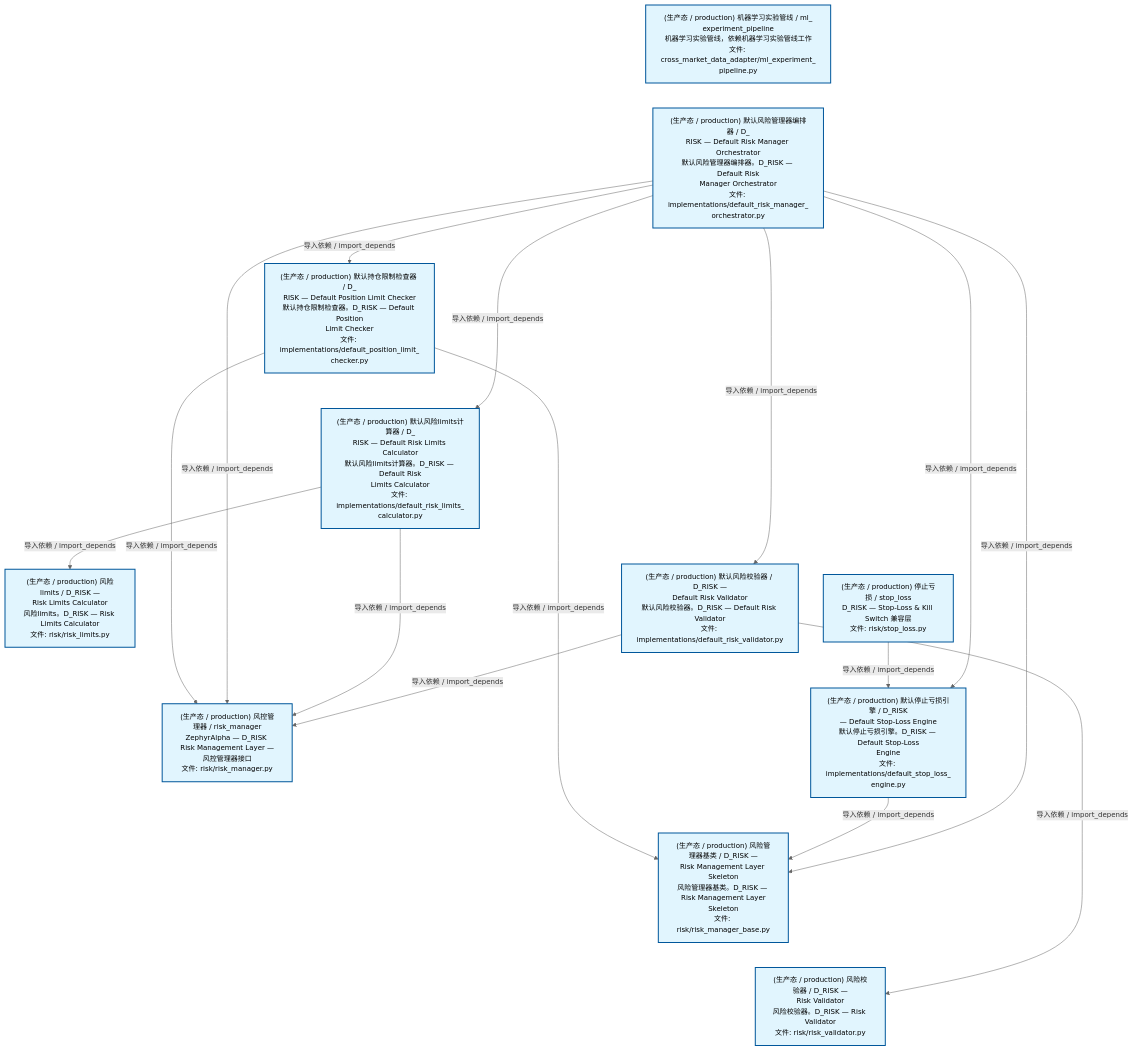
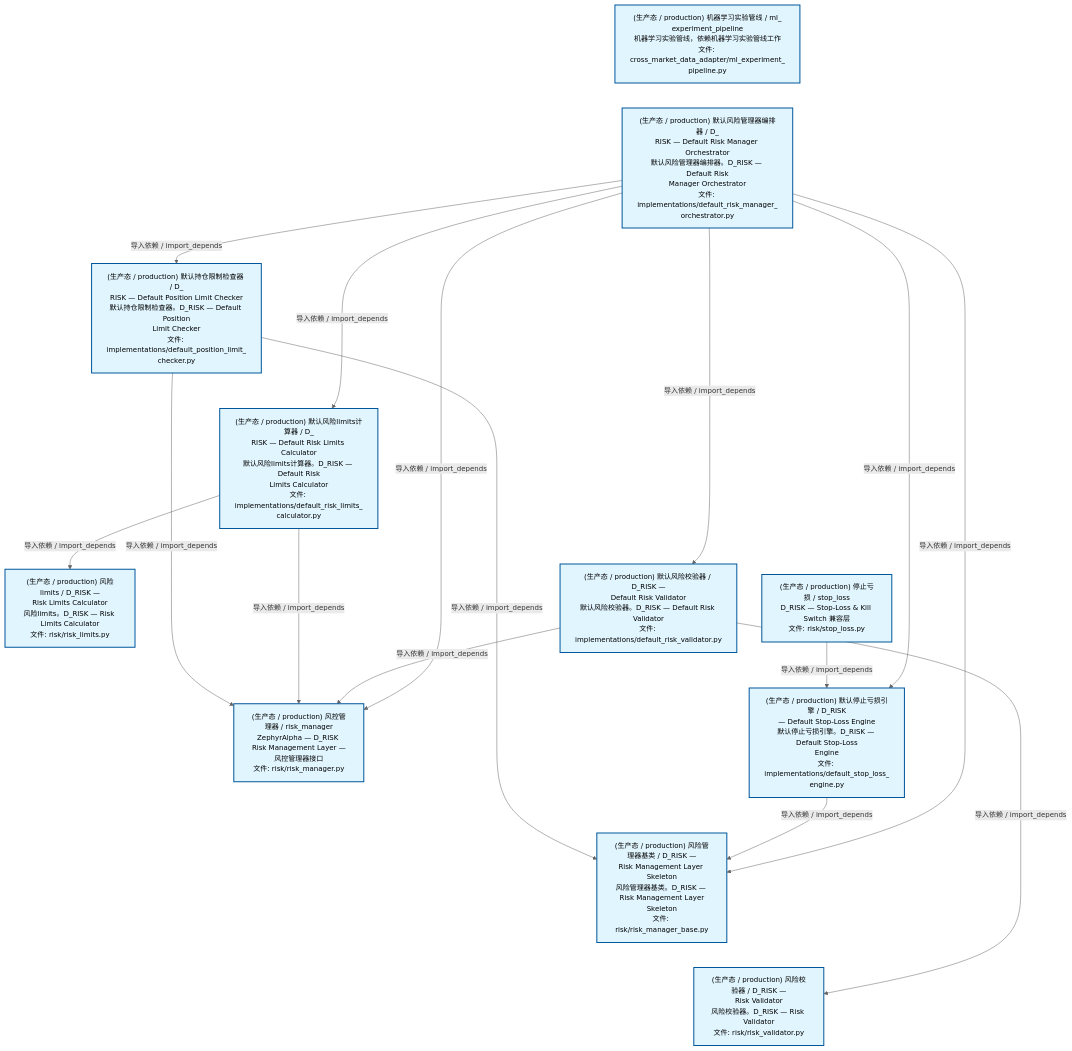
One commit to xuanFelixVan/ZephyrAlpha changed the second of 4 diagrams in docs/02_enterprise_architecture/02_domain_architecture_docs/65_d_risk.md. Above: the diagram before and after it, drawn with Mermaid. The commit also changed other lines of this file and 38 other files, not shown here.

````diff
--- a/docs/02_enterprise_architecture/02_domain_architecture_docs/65_d_risk.md
+++ b/docs/02_enterprise_architecture/02_domain_architecture_docs/65_d_risk.md
@@ -134,42 +134,42 @@
 ```mermaid
 %%{init: {'theme': 'base', 'themeVariables': {'primaryColor': '#eaeaea', 'primaryTextColor': '#333333', 'primaryBorderColor': '#666666', 'lineColor': '#666666', 'secondaryColor': '#eaeaea', 'tertiaryColor': '#eaeaea', 'fontSize': '14px'}}}%%
 flowchart TD
     src_zephyr_risk_cross_asset_cross_market_data_adapter_ml_experiment_pipeline_py["(生产态 / production) 机器学习实验管线 / ml_<br/>experiment_pipeline<br/>机器学习实验管线，依赖机器学习实验管线工作<br/>文件: cross_market_data_adapter/ml_experiment_<br/>pipeline.py"]
     src_zephyr_risk_implementations_default_risk_manager_orchestrator_py["(生产态 / production) 默认风险管理器编排器 / D_<br/>RISK — Default Risk Manager Orchestrator<br/>默认风险管理器编排器。D_RISK — Default Risk<br/>Manager Orchestrator<br/>文件: implementations/default_risk_manager_<br/>orchestrator.py"]
     src_zephyr_risk_stop_loss_py["(生产态 / production) 停止亏损 / stop_loss<br/>D_RISK — Stop-Loss & Kill Switch 兼容层<br/>文件: risk/stop_loss.py"]
     src_zephyr_risk_cross_asset_cross_market_data_adapter_ml_experiment_pipeline_py ~~~ src_zephyr_risk_implementations_default_risk_manager_orchestrator_py
     src_zephyr_risk_implementations_default_risk_manager_orchestrator_py ~~~ src_zephyr_risk_stop_loss_py
     src_zephyr_risk_implementations_default_position_limit_checker_py["(生产态 / production) 默认持仓限制检查器 / D_<br/>RISK — Default Position Limit Checker<br/>默认持仓限制检查器。D_RISK — Default Position<br/>Limit Checker<br/>文件: implementations/default_position_limit_<br/>checker.py"]
     src_zephyr_risk_implementations_default_risk_limits_calculator_py["(生产态 / production) 默认风险limits计算器 / D_<br/>RISK — Default Risk Limits Calculator<br/>默认风险limits计算器。D_RISK — Default Risk<br/>Limits Calculator<br/>文件: implementations/default_risk_limits_<br/>calculator.py"]
     src_zephyr_risk_implementations_default_risk_validator_py["(生产态 / production) 默认风险校验器 / D_RISK —<br/>Default Risk Validator<br/>默认风险校验器。D_RISK — Default Risk Validator<br/>文件: implementations/default_risk_validator.py"]
     src_zephyr_risk_implementations_default_stop_loss_engine_py["(生产态 / production) 默认停止亏损引擎 / D_RISK<br/>— Default Stop-Loss Engine<br/>默认停止亏损引擎。D_RISK — Default Stop-Loss<br/>Engine<br/>文件: implementations/default_stop_loss_<br/>engine.py"]
     src_zephyr_risk_implementations_default_position_limit_checker_py ~~~ src_zephyr_risk_implementations_default_risk_limits_calculator_py
     src_zephyr_risk_implementations_default_risk_limits_calculator_py ~~~ src_zephyr_risk_implementations_default_risk_validator_py
     src_zephyr_risk_implementations_default_risk_validator_py ~~~ src_zephyr_risk_implementations_default_stop_loss_engine_py
     src_zephyr_risk_risk_limits_py["(生产态 / production) 风险limits / D_RISK —<br/>Risk Limits Calculator<br/>风险limits。D_RISK — Risk Limits Calculator<br/>文件: risk/risk_limits.py"]
     src_zephyr_risk_risk_manager_py["(生产态 / production) 风控管理器 / risk_manager<br/>ZephyrAlpha — D_RISK Risk Management Layer —<br/>风控管理器接口<br/>文件: risk/risk_manager.py"]
     src_zephyr_risk_risk_manager_base_py["(生产态 / production) 风险管理器基类 / D_RISK —<br/>Risk Management Layer Skeleton<br/>风险管理器基类。D_RISK — Risk Management Layer<br/>Skeleton<br/>文件: risk/risk_manager_base.py"]
     src_zephyr_risk_risk_validator_py["(生产态 / production) 风险校验器 / D_RISK —<br/>Risk Validator<br/>风险校验器。D_RISK — Risk Validator<br/>文件: risk/risk_validator.py"]
     src_zephyr_risk_risk_limits_py ~~~ src_zephyr_risk_risk_manager_py
     src_zephyr_risk_risk_manager_py ~~~ src_zephyr_risk_risk_manager_base_py
     src_zephyr_risk_risk_manager_base_py ~~~ src_zephyr_risk_risk_validator_py
     src_zephyr_risk_stop_loss_py -->|导入依赖 / import_depends| src_zephyr_risk_implementations_default_stop_loss_engine_py
+    src_zephyr_risk_implementations_default_position_limit_checker_py -->|导入依赖 / import_depends| src_zephyr_risk_risk_manager_base_py
     src_zephyr_risk_implementations_default_position_limit_checker_py -->|导入依赖 / import_depends| src_zephyr_risk_risk_manager_py
-    src_zephyr_risk_implementations_default_position_limit_checker_py -->|导入依赖 / import_depends| src_zephyr_risk_risk_manager_base_py
-    src_zephyr_risk_implementations_default_stop_loss_engine_py -->|导入依赖 / import_depends| src_zephyr_risk_risk_manager_base_py
-    src_zephyr_risk_implementations_default_risk_manager_orchestrator_py -->|导入依赖 / import_depends| src_zephyr_risk_risk_manager_py
-    src_zephyr_risk_implementations_default_risk_manager_orchestrator_py -->|导入依赖 / import_depends| src_zephyr_risk_risk_manager_base_py
-    src_zephyr_risk_implementations_default_risk_manager_orchestrator_py -->|导入依赖 / import_depends| src_zephyr_risk_implementations_default_position_limit_checker_py
-    src_zephyr_risk_implementations_default_risk_manager_orchestrator_py -->|导入依赖 / import_depends| src_zephyr_risk_implementations_default_stop_loss_engine_py
-    src_zephyr_risk_implementations_default_risk_manager_orchestrator_py -->|导入依赖 / import_depends| src_zephyr_risk_implementations_default_risk_limits_calculator_py
-    src_zephyr_risk_implementations_default_risk_manager_orchestrator_py -->|导入依赖 / import_depends| src_zephyr_risk_implementations_default_risk_validator_py
     src_zephyr_risk_implementations_default_risk_limits_calculator_py -->|导入依赖 / import_depends| src_zephyr_risk_risk_manager_py
     src_zephyr_risk_implementations_default_risk_limits_calculator_py -->|导入依赖 / import_depends| src_zephyr_risk_risk_limits_py
     src_zephyr_risk_implementations_default_risk_validator_py -->|导入依赖 / import_depends| src_zephyr_risk_risk_manager_py
     src_zephyr_risk_implementations_default_risk_validator_py -->|导入依赖 / import_depends| src_zephyr_risk_risk_validator_py
+    src_zephyr_risk_implementations_default_stop_loss_engine_py -->|导入依赖 / import_depends| src_zephyr_risk_risk_manager_base_py
+    src_zephyr_risk_implementations_default_risk_manager_orchestrator_py -->|导入依赖 / import_depends| src_zephyr_risk_risk_manager_base_py
+    src_zephyr_risk_implementations_default_risk_manager_orchestrator_py -->|导入依赖 / import_depends| src_zephyr_risk_risk_manager_py
+    src_zephyr_risk_implementations_default_risk_manager_orchestrator_py -->|导入依赖 / import_depends| src_zephyr_risk_implementations_default_position_limit_checker_py
+    src_zephyr_risk_implementations_default_risk_manager_orchestrator_py -->|导入依赖 / import_depends| src_zephyr_risk_implementations_default_risk_limits_calculator_py
+    src_zephyr_risk_implementations_default_risk_manager_orchestrator_py -->|导入依赖 / import_depends| src_zephyr_risk_implementations_default_risk_validator_py
+    src_zephyr_risk_implementations_default_risk_manager_orchestrator_py -->|导入依赖 / import_depends| src_zephyr_risk_implementations_default_stop_loss_engine_py
     classDef production fill:#e1f5fe,stroke:#01579b,stroke-width:2px,color:#000
     classDef design fill:#fff3e0,stroke:#e65100,stroke-width:2px,color:#000,stroke-dasharray: 5 5
     classDef external_prod fill:#e8f4fd,stroke:#0277bd,stroke-width:1px,color:#000
     classDef external_design fill:#fff8e7,stroke:#ef6c00,stroke-width:1px,color:#000,stroke-dasharray: 5 5
     class src_zephyr_risk_cross_asset_cross_market_data_adapter_ml_experiment_pipeline_py,src_zephyr_risk_implementations_default_position_limit_checker_py,src_zephyr_risk_implementations_default_risk_limits_calculator_py,src_zephyr_risk_implementations_default_risk_manager_orchestrator_py,src_zephyr_risk_implementations_default_risk_validator_py,src_zephyr_risk_implementations_default_stop_loss_engine_py,src_zephyr_risk_risk_limits_py,src_zephyr_risk_risk_manager_py,src_zephyr_risk_risk_manager_base_py,src_zephyr_risk_risk_validator_py,src_zephyr_risk_stop_loss_py production
 ```
````
